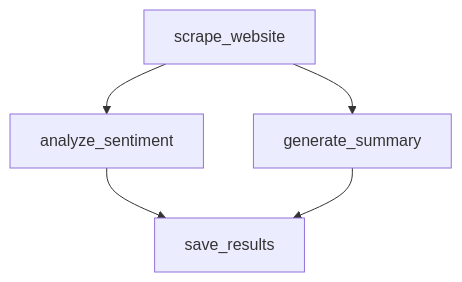
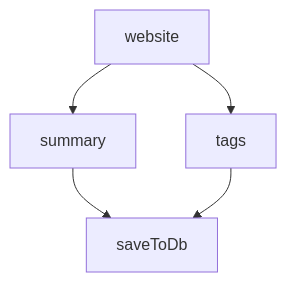
One commit to pgflow-dev/pgflow changed the diagram in pkgs/website/src/content/docs/getting-started/create-first-flow.mdx. Above: the diagram before and after it, drawn with Mermaid. The commit also changed other lines of this file and 1 other file, not shown here.

First line of the commit message:
feat: add website analysis workflow with task implementations and flow definition

````diff
--- a/pkgs/website/src/content/docs/getting-started/create-first-flow.mdx
+++ b/pkgs/website/src/content/docs/getting-started/create-first-flow.mdx
@@ -178,7 +429,7 @@
 ```mermaid
 graph TD
-  A[scrape_website] --> B[analyze_sentiment]
-  A --> C[generate_summary]
-  B --> D[save_results]
+  A[website] --> B[summary]
+  A --> C[tags]
+  B --> D[saveToDb]
   C --> D
 ```
````
